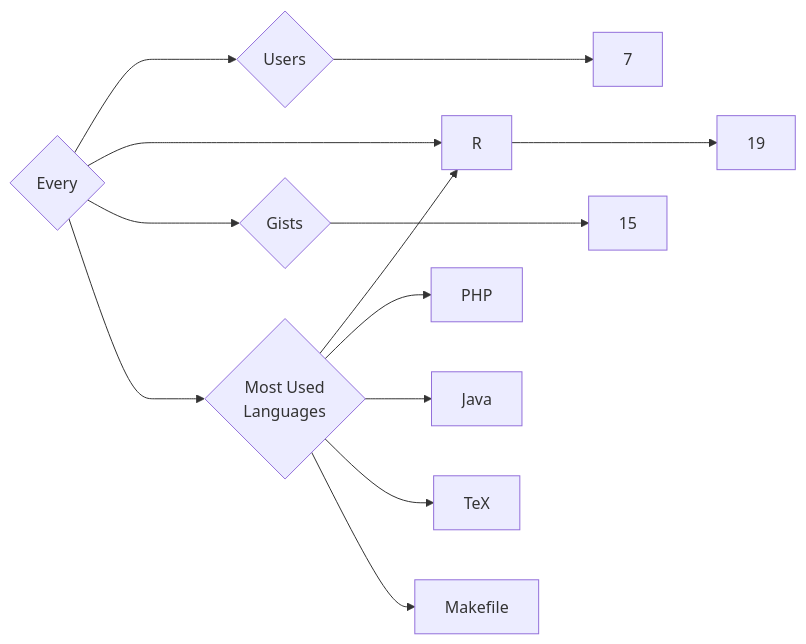
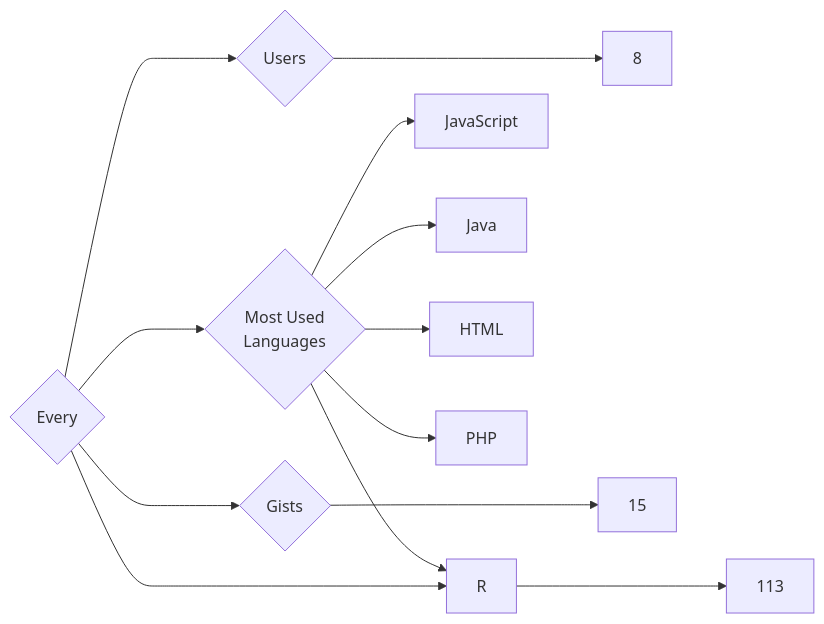
One commit to trickest/insiders changed the diagram in targets/Every/README.md. Above: the diagram before and after it, drawn with Mermaid. The commit also changed 688 other files, not shown here.

````diff
--- a/targets/Every/README.md
+++ b/targets/Every/README.md
@@ -3,13 +3,13 @@
 ```mermaid
 graph LR
 COMPANY_NAME{Every}
-COMPANY_NAME ---> U{Users} ---> UN[7]
-COMPANY_NAME ---> R{Repositories} ---> RN[19]
+COMPANY_NAME ---> U{Users} ---> UN[8]
+COMPANY_NAME ---> R{Repositories} ---> RN[113]
 COMPANY_NAME ---> G{Gists} ---> GN[15]
 COMPANY_NAME ---> ML{Most Used<br>Languages}
+ML --> JavaScript[JavaScript]
+ML --> Java[Java]
+ML --> HTML[HTML]
+ML --> PHP[PHP]
 ML --> R[R]
-ML --> PHP[PHP]
-ML --> Java[Java]
-ML --> TeX[TeX]
-ML --> Makefile[Makefile]
 ```
````
